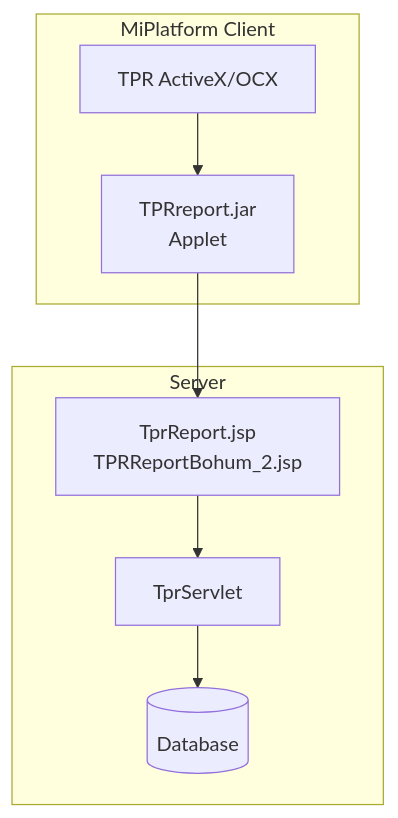
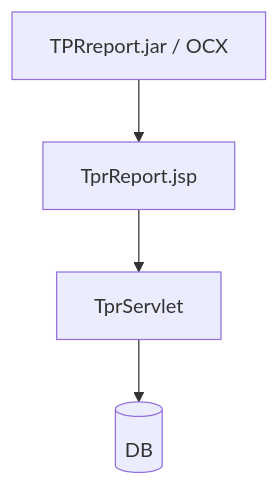
Before and after one commit to forsylph/nph: the diagram in 03.analysis_results/033.platform-services/0333.Solutions/D.TPR-Report.md, drawn with Mermaid. The commit also changed other lines of this file and 5 other files, not shown here.

````diff
--- a/03.analysis_results/033.platform-services/0333.Solutions/D.TPR-Report.md
+++ b/03.analysis_results/033.platform-services/0333.Solutions/D.TPR-Report.md
@@ -198,18 +186,6 @@
 ```mermaid
 flowchart TB
-    subgraph Client["MiPlatform Client"]
-        Applet[TPRreport.jar<br/>Applet]
-        OCX[TPR ActiveX/OCX]
-    end
-
-    subgraph Server["Server"]
-        JSP[TprReport.jsp<br/>TPRReportBohum_2.jsp]
-        Servlet[TprServlet]
-        DB[(Database)]
-    end
-
-    Applet --> JSP
-    OCX --> Applet
-    JSP --> Servlet
-    Servlet --> DB
+    Applet["TPRreport.jar / OCX"] --> JSP["TprReport.jsp"]
+    JSP --> Servlet["TprServlet"]
+    Servlet --> DB[(DB)]
 ```
````
